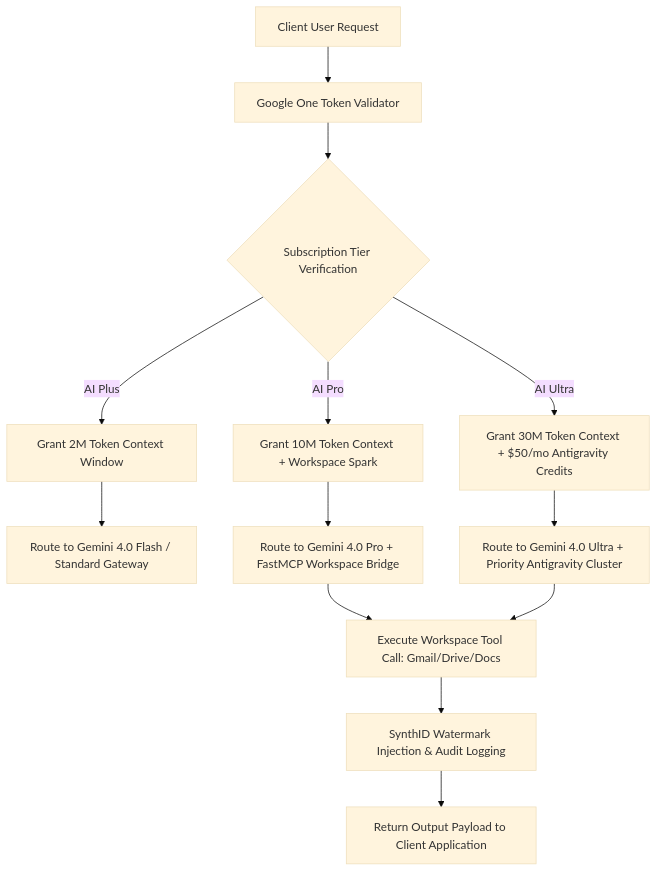
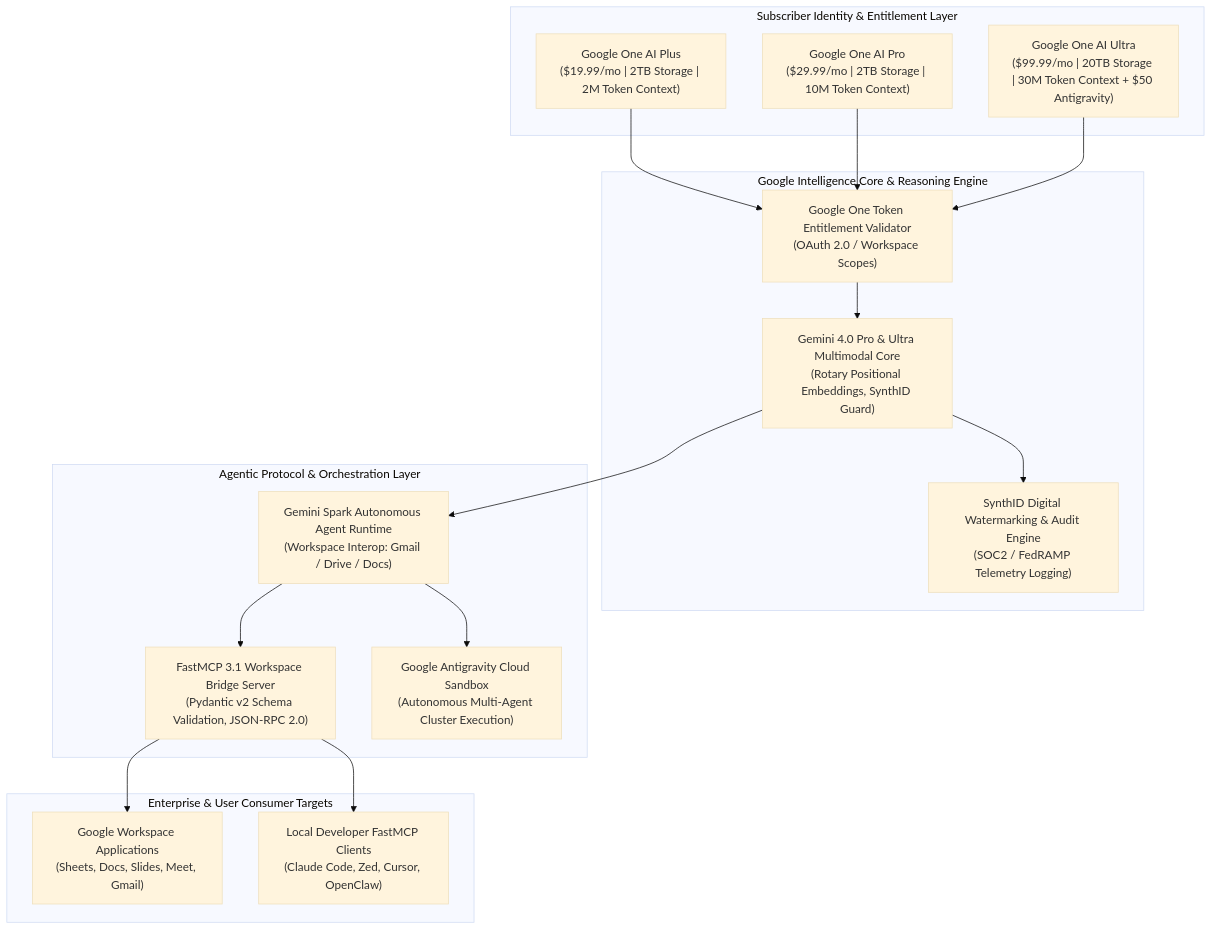
The first of 2 diagrams in docs/knowledge_base/google_one_plans_comparison.md (joanmarcriera/Home-office-automations), drawn with Mermaid (base theme) before and after one commit. The commit also changed other lines of this file and 5 other files, not shown here.

````diff
--- a/docs/knowledge_base/google_one_plans_comparison.md
+++ b/docs/knowledge_base/google_one_plans_comparison.md
@@ -44,17 +10,36 @@
 ```mermaid
 graph TD
-    A[Client User Request] --> B[Google One Token Validator]
-    B --> C{Subscription Tier Verification}
-    C -->|AI Plus| D[Grant 2M Token Context Window]
-    C -->|AI Pro| E[Grant 10M Token Context + Workspace Spark]
-    C -->|AI Ultra| F[Grant 30M Token Context + $50/mo Antigravity Credits]
+    subgraph SubscriberTierLayer["Subscriber Identity & Entitlement Layer"]
+        PLUS["Google One AI Plus<br/>($19.99/mo | 2TB Storage | 2M Token Context)"]
+        PRO["Google One AI Pro<br/>($29.99/mo | 2TB Storage | 10M Token Context)"]
+        ULTRA["Google One AI Ultra<br/>($99.99/mo | 20TB Storage | 30M Token Context + $50 Antigravity)"]
+    end
 
-    D --> G[Route to Gemini 4.0 Flash / Standard Gateway]
-    E --> H[Route to Gemini 4.0 Pro + FastMCP Workspace Bridge]
-    F --> I[Route to Gemini 4.0 Ultra + Priority Antigravity Cluster]
+    subgraph IntelligenceCore["Google Intelligence Core & Reasoning Engine"]
+        GATEWAY["Google One Token Entitlement Validator<br/>(OAuth 2.0 / Workspace Scopes)"]
+        GEMINI["Gemini 4.0 Pro & Ultra Multimodal Core<br/>(Rotary Positional Embeddings, SynthID Guard)"]
+        SAFETY["SynthID Digital Watermarking & Audit Engine<br/>(SOC2 / FedRAMP Telemetry Logging)"]
+    end
 
-    H --> J[Execute Workspace Tool Call: Gmail/Drive/Docs]
-    I --> J
-    J --> K[SynthID Watermark Injection & Audit Logging]
-    K --> L[Return Output Payload to Client Application]
+    subgraph AgenticBridge["Agentic Protocol & Orchestration Layer"]
+        SPARK["Gemini Spark Autonomous Agent Runtime<br/>(Workspace Interop: Gmail / Drive / Docs)"]
+        FASTMCP["FastMCP 3.1 Workspace Bridge Server<br/>(Pydantic v2 Schema Validation, JSON-RPC 2.0)"]
+        ANTIGRAV["Google Antigravity Cloud Sandbox<br/>(Autonomous Multi-Agent Cluster Execution)"]
+    end
+
+    subgraph TargetEcosystem["Enterprise & User Consumer Targets"]
+        APPS["Google Workspace Applications<br/>(Sheets, Docs, Slides, Meet, Gmail)"]
+        LOCAL["Local Developer FastMCP Clients<br/>(Claude Code, Zed, Cursor, OpenClaw)"]
+    end
+
+    PLUS --> GATEWAY
+    PRO --> GATEWAY
+    ULTRA --> GATEWAY
+    GATEWAY --> GEMINI
+    GEMINI --> SAFETY
+    GEMINI --> SPARK
+    SPARK --> FASTMCP
+    SPARK --> ANTIGRAV
+    FASTMCP --> APPS
+    FASTMCP --> LOCAL
 ```
````
